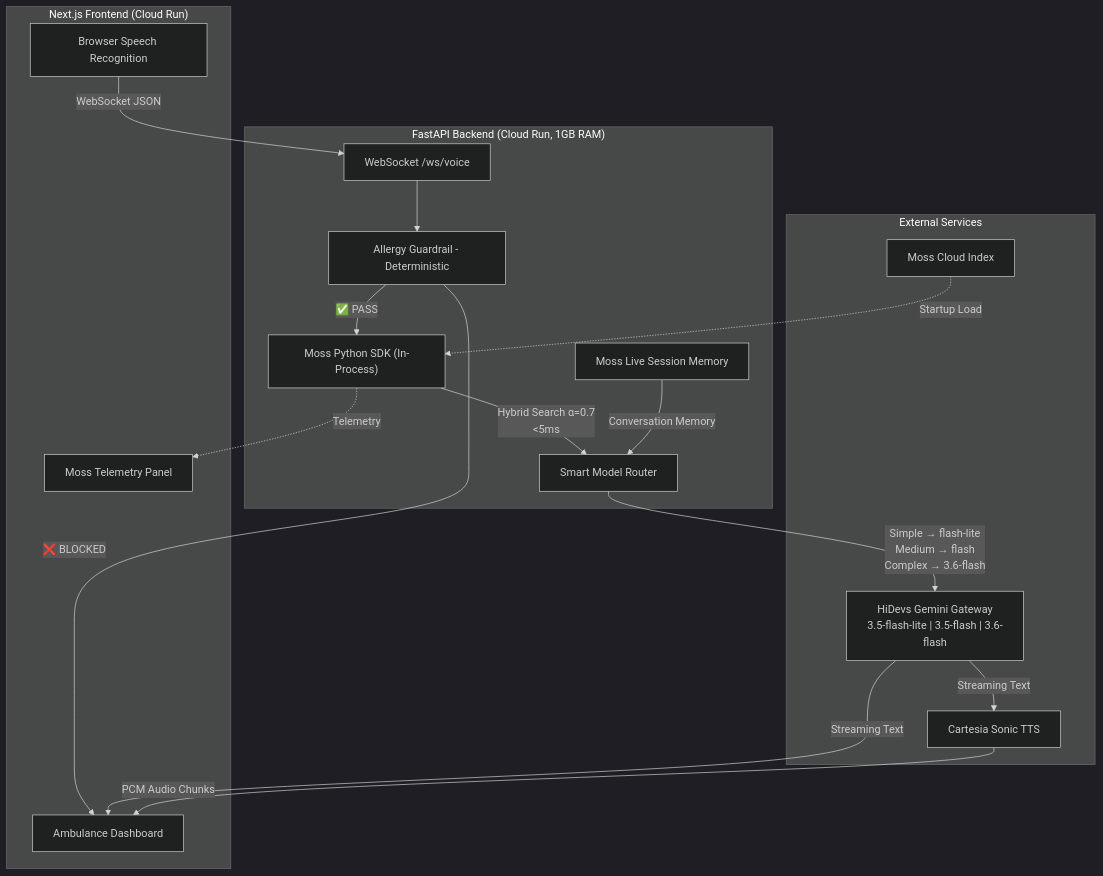
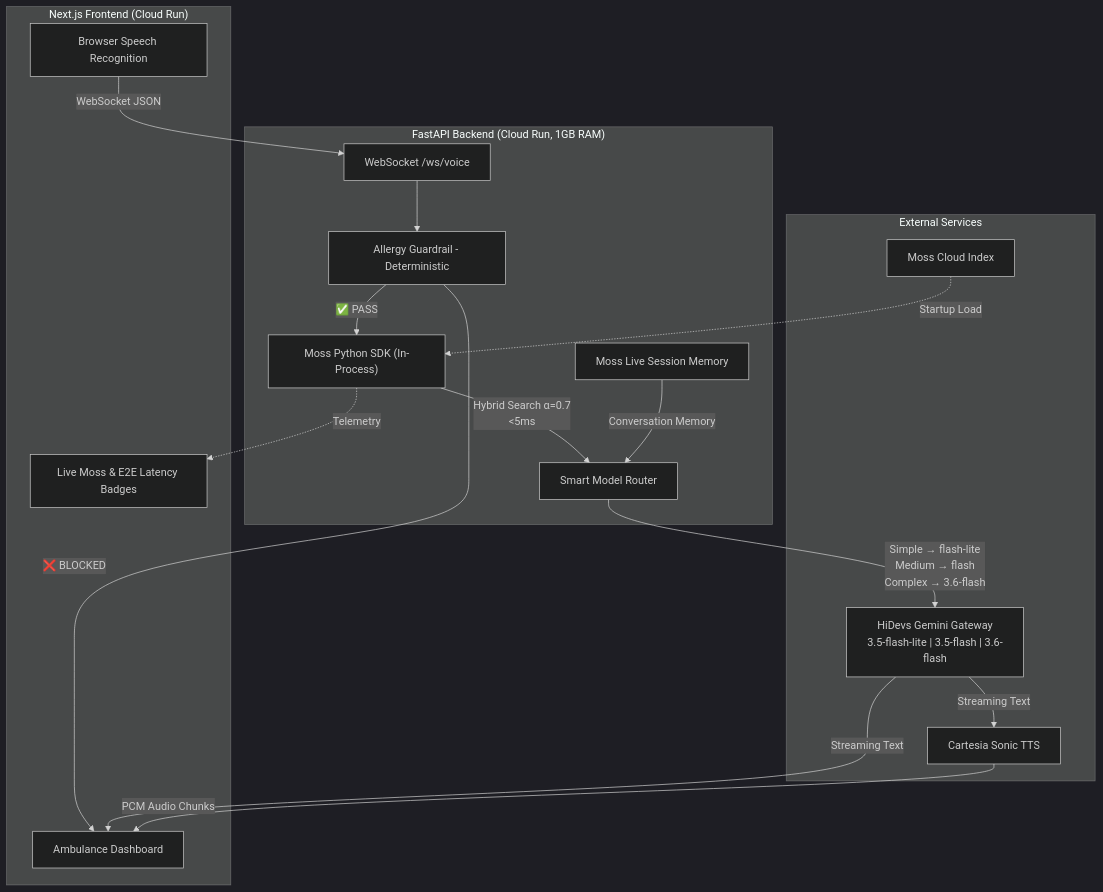
The diagram in README.md (Naveen230497/Pulse-Medical-AI), drawn with Mermaid (dark theme) before and after one commit. The commit also changed other lines of this file, not shown here.

Commit message:
Final professional README update highlighting E2E latency, Handoff, and 50 Protocols

````diff
--- a/README.md
+++ b/README.md
@@ -33,35 +43,35 @@
 ```mermaid
 graph TD
     subgraph Frontend["Next.js Frontend (Cloud Run)"]
         STT[Browser Speech Recognition]
         UI[Ambulance Dashboard]
-        TelemetryUI[Moss Telemetry Panel]
+        TelemetryUI[Live Moss & E2E Latency Badges]
     end
 
     subgraph Backend["FastAPI Backend (Cloud Run, 1GB RAM)"]
         WS[WebSocket /ws/voice]
         AG[Allergy Guardrail - Deterministic]
         SR[Smart Model Router]
         MossSDK["Moss Python SDK (In-Process)"]
         Session[Moss Live Session Memory]
     end
 
     subgraph External["External Services"]
         Gemini["HiDevs Gemini Gateway\n3.5-flash-lite | 3.5-flash | 3.6-flash"]
         Cartesia[Cartesia Sonic TTS]
         MossCloud[Moss Cloud Index]
     end
 
     STT -->|WebSocket JSON| WS
     WS --> AG
     AG -->|"❌ BLOCKED"| UI
     AG -->|"✅ PASS"| MossSDK
     MossSDK -->|"Hybrid Search α=0.7\n<5ms"| SR
     Session -->|"Conversation Memory"| SR
     SR -->|"Simple → flash-lite\nMedium → flash\nComplex → 3.6-flash"| Gemini
     Gemini -->|Streaming Text| Cartesia
     Gemini -->|Streaming Text| UI
     Cartesia -->|PCM Audio Chunks| UI
     MossSDK -.->|Telemetry| TelemetryUI
     MossCloud -.->|"Startup Load"| MossSDK
 ```
````
